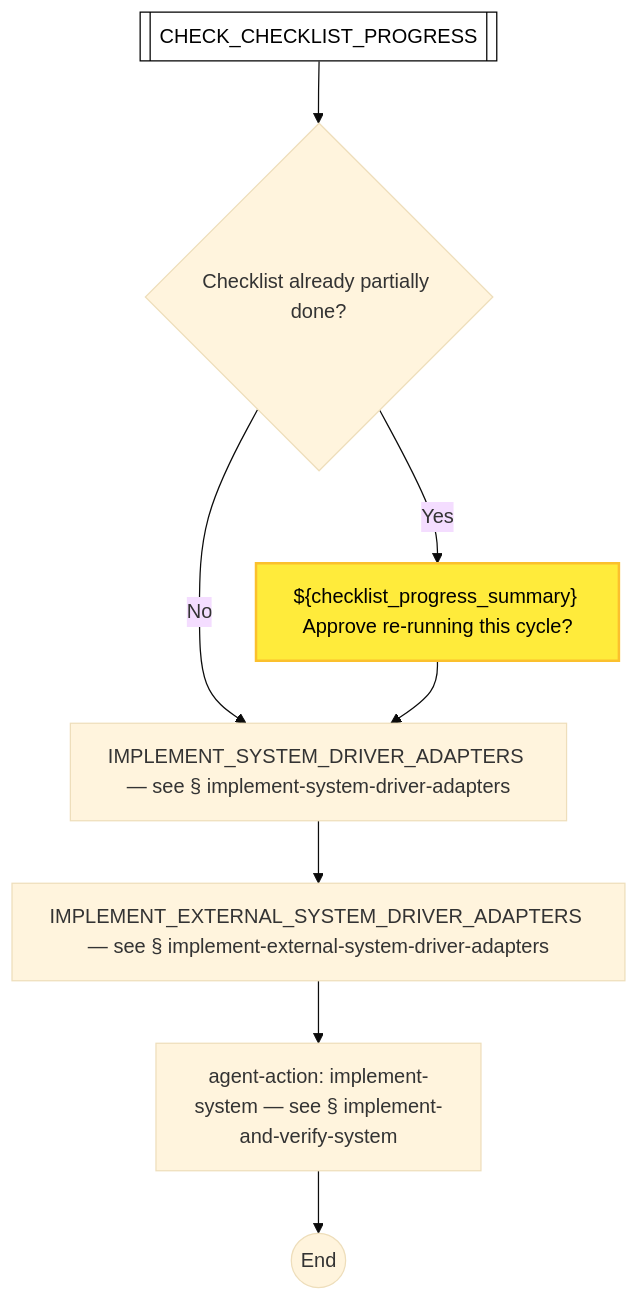
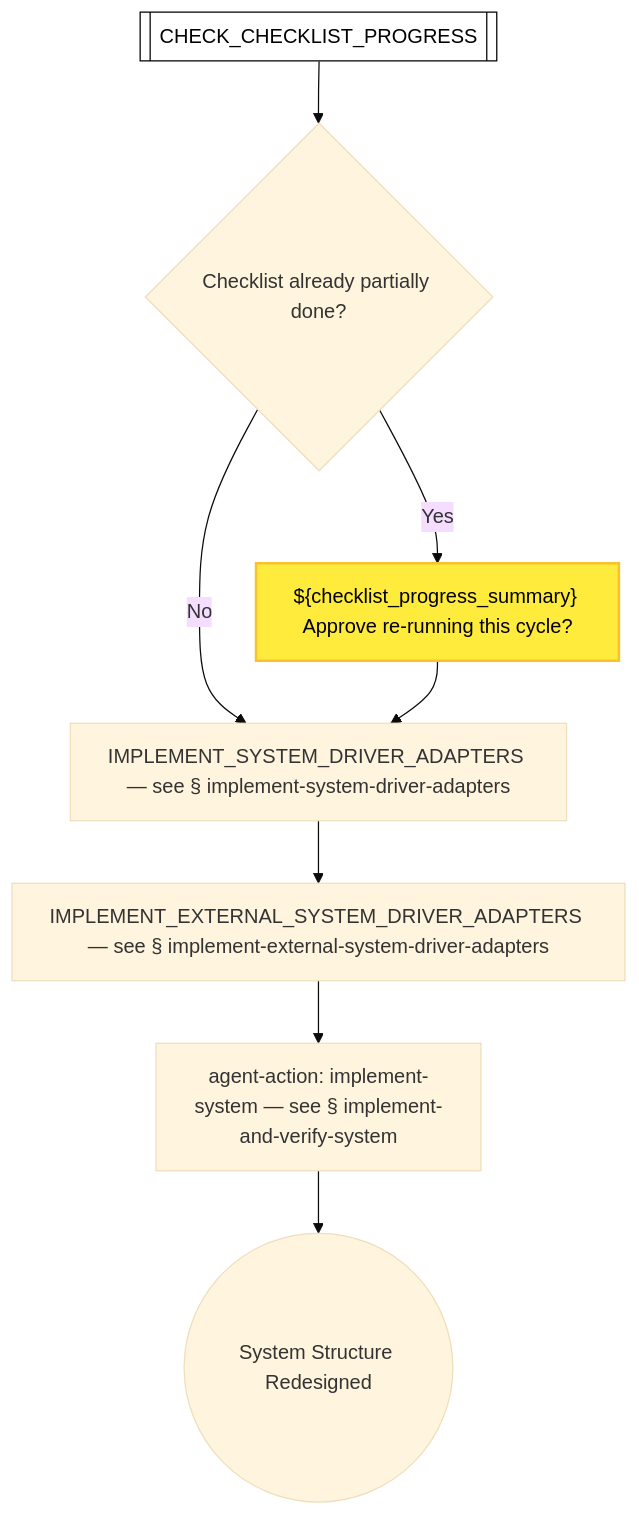
One commit to optivem/gh-optivem changed the tenth of 50 diagrams in docs/process-diagram.md. Above: the diagram before and after it, drawn with Mermaid (base theme). The commit also changed other lines of this file and 5 other files, not shown here.

````diff
--- a/docs/process-diagram.md
+++ b/docs/process-diagram.md
@@ -205,24 +237,24 @@
 ```mermaid
 flowchart TD
     CHECK_CHECKLIST_PROGRESS[[CHECK_CHECKLIST_PROGRESS]]
     GATE_CHECKLIST_PARTIALLY_DONE{Checklist already partially done?}
     IMPLEMENT_AND_VERIFY_SYSTEM[agent-action: implement-system — see § implement-and-verify-system]
     IMPLEMENT_EXTERNAL_SYSTEM_DRIVER_ADAPTERS[IMPLEMENT_EXTERNAL_SYSTEM_DRIVER_ADAPTERS — see § implement-external-system-driver-adapters]
     IMPLEMENT_SYSTEM_DRIVER_ADAPTERS[IMPLEMENT_SYSTEM_DRIVER_ADAPTERS — see § implement-system-driver-adapters]
-    REDESIGN_END((End))
+    REDESIGN_END((System Structure Redesigned))
     STOP_CHECKLIST_PARTIALLY_DONE["${checklist_progress_summary} Approve re-running this cycle?"]
 
     CHECK_CHECKLIST_PROGRESS --> GATE_CHECKLIST_PARTIALLY_DONE
     GATE_CHECKLIST_PARTIALLY_DONE -- Yes --> STOP_CHECKLIST_PARTIALLY_DONE
     GATE_CHECKLIST_PARTIALLY_DONE -- No --> IMPLEMENT_SYSTEM_DRIVER_ADAPTERS
     STOP_CHECKLIST_PARTIALLY_DONE --> IMPLEMENT_SYSTEM_DRIVER_ADAPTERS
     IMPLEMENT_SYSTEM_DRIVER_ADAPTERS --> IMPLEMENT_EXTERNAL_SYSTEM_DRIVER_ADAPTERS
     IMPLEMENT_EXTERNAL_SYSTEM_DRIVER_ADAPTERS --> IMPLEMENT_AND_VERIFY_SYSTEM
     IMPLEMENT_AND_VERIFY_SYSTEM --> REDESIGN_END
 
     classDef serviceNode fill:#ffffff,stroke:#000000,stroke-width:1px,color:#000000
     class CHECK_CHECKLIST_PROGRESS serviceNode
 
     classDef humanNode fill:#ffeb3b,stroke:#fbc02d,stroke-width:2px,color:#000000
     class STOP_CHECKLIST_PARTIALLY_DONE humanNode
 ```
````
